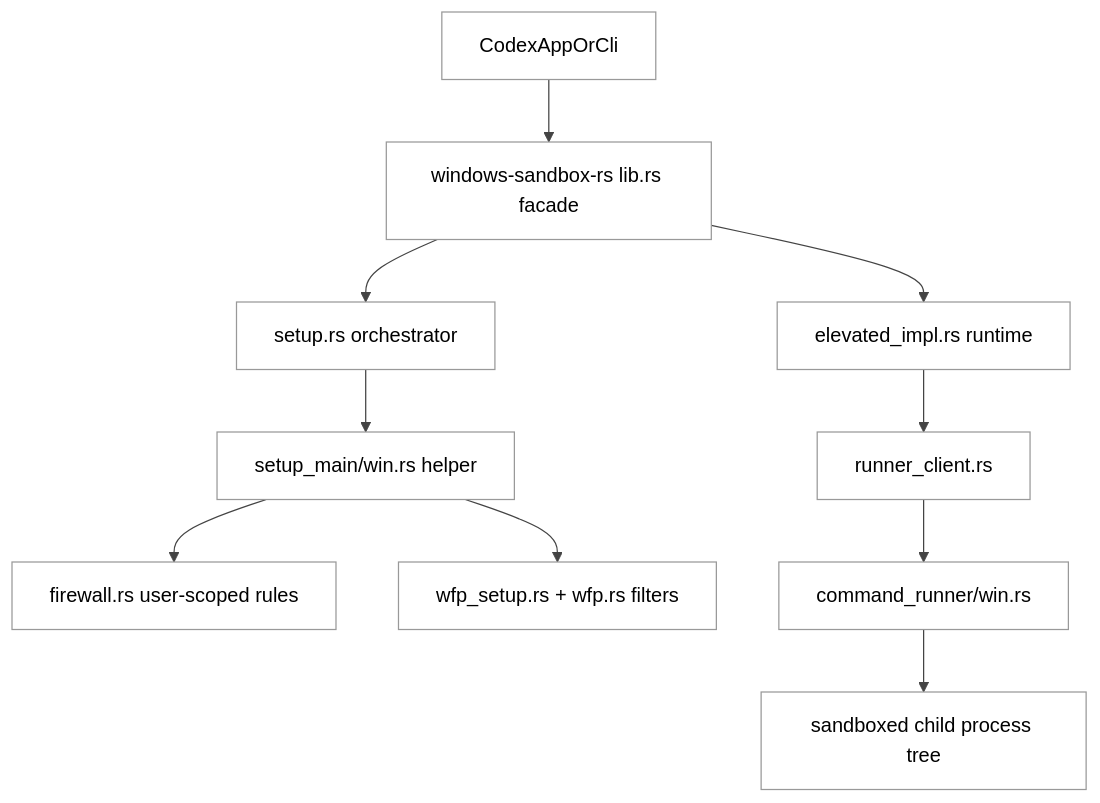
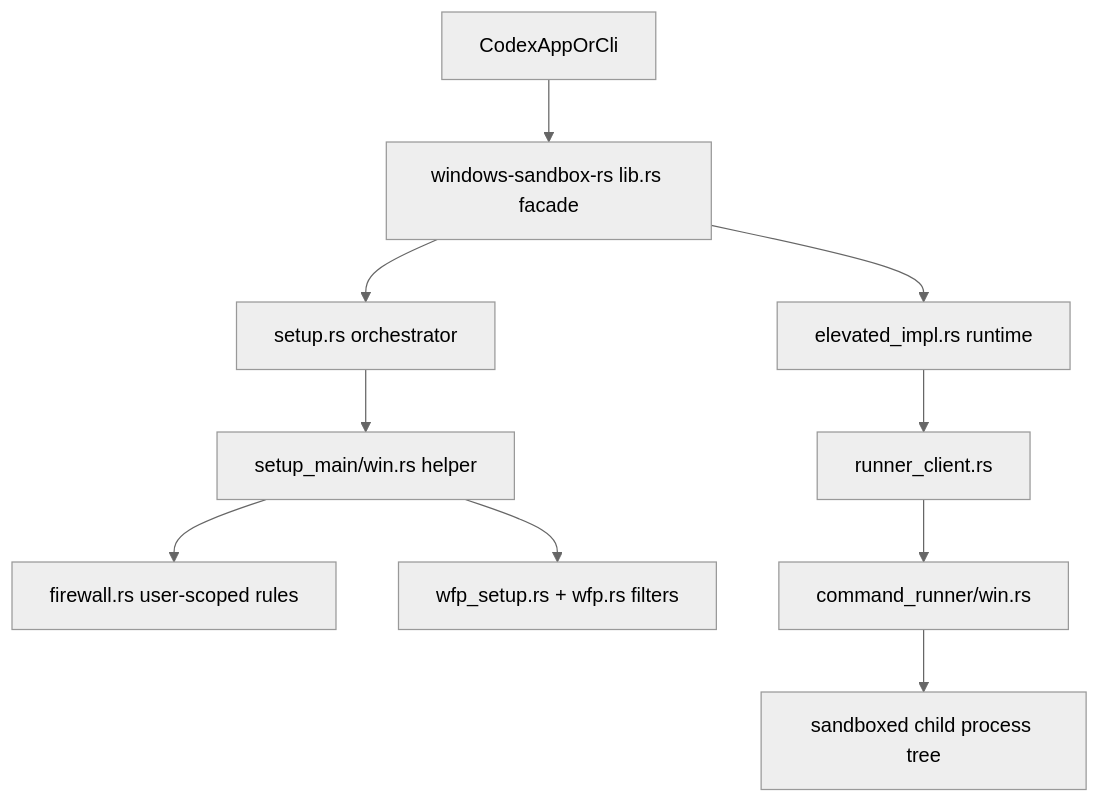
The first of 6 diagrams in Part II Source Analysis/13-Windows沙箱与WFP防火墙.md (GLBB/codex-source-analysis), drawn with Mermaid before and after one commit. The commit also changed other lines of this file and 29 other files, not shown here.

````diff
--- a/Part II Source Analysis/13-Windows沙箱与WFP防火墙.md
+++ b/Part II Source Analysis/13-Windows沙箱与WFP防火墙.md
@@ -125,13 +125,13 @@
 ```mermaid
-%%{init: {"theme":"neutral","themeCSS":"svg { background: #ffffff !important; }","themeVariables":{"background":"#ffffff","mainBkg":"#ffffff","primaryColor":"#f5f5f5","primaryTextColor":"#000000","primaryBorderColor":"#333333","lineColor":"#444444","secondaryColor":"#f6f8fa","tertiaryColor":"#ffffff","edgeLabelBackground":"#ffffff","fontFamily":"Helvetica"}}}%%
+%%{init:{'theme':'neutral','themeVariables':{'background':'#ffffff'}}}%%
 flowchart TD
     App["CodexAppOrCli"] --> Lib["windows-sandbox-rs lib.rs facade"]
     Lib --> SetupOrch["setup.rs orchestrator"]
     Lib --> ElevatedRun["elevated_impl.rs runtime"]
     SetupOrch --> SetupHelper["setup_main/win.rs helper"]
     SetupHelper --> Firewall["firewall.rs user-scoped rules"]
     SetupHelper --> WfpSetup["wfp_setup.rs + wfp.rs filters"]
     ElevatedRun --> RunnerClient["runner_client.rs"]
     RunnerClient --> RunnerProc["command_runner/win.rs"]
     RunnerProc --> ChildProc["sandboxed child process tree"]
 ```
````
